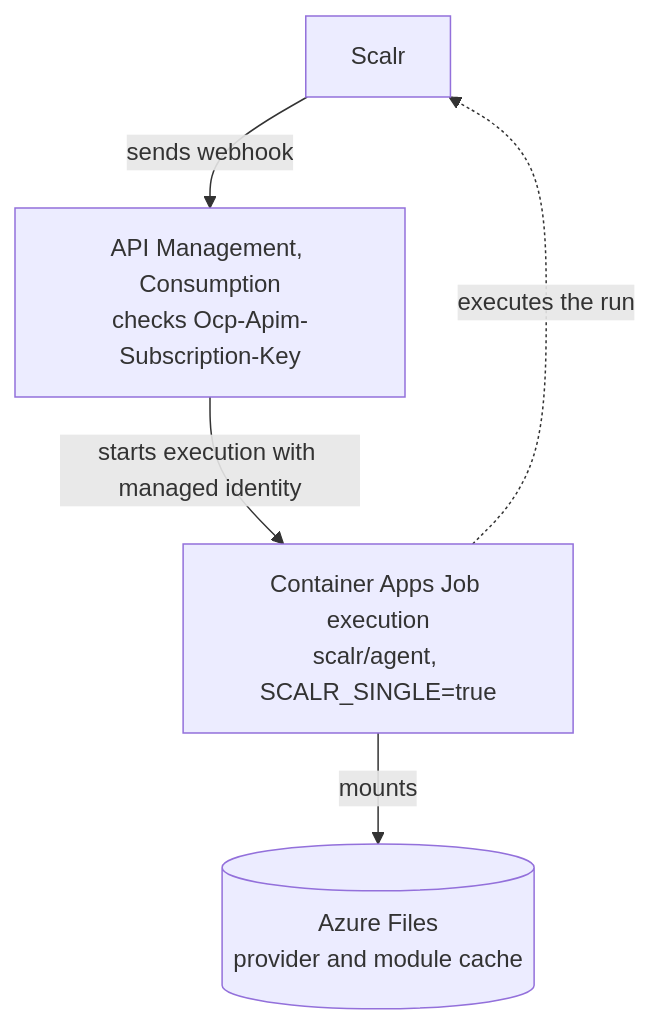
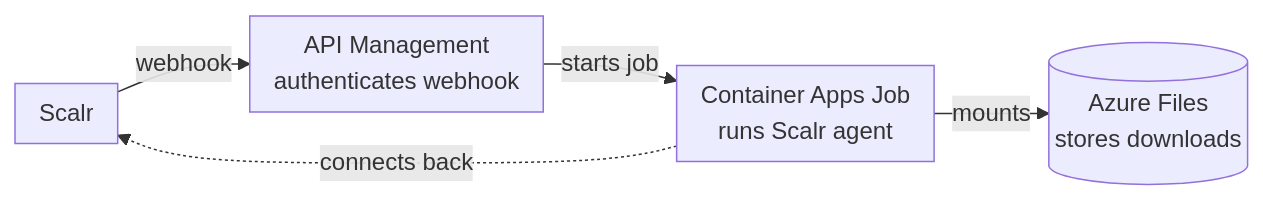
Before and after one commit to Scalr/terraform-scalr-serverless: the diagram in azure/README.md, drawn with Mermaid. The commit also changed other lines of this file and 2 other files, not shown here.

Commit message:
docs: clarify and compact architecture diagrams

````diff
--- a/azure/README.md
+++ b/azure/README.md
@@ -11,9 +11,16 @@
 ```mermaid
-flowchart TB
+---
+config:
+  flowchart:
+    nodeSpacing: 24
+    rankSpacing: 24
+    padding: 8
+---
+flowchart LR
     accTitle: Azure serverless agent pool request flow
-    accDescr: Scalr sends a webhook to API Management. API Management checks the subscription key, then starts a Container Apps Job execution through its managed identity. The execution runs the Scalr agent, which mounts the Azure Files cache and executes the run.
-    scalr[Scalr] -- "sends webhook" --> apim[API Management, Consumption<br/>checks Ocp-Apim-Subscription-Key]
-    apim -- "starts execution with managed identity" --> job[Container Apps Job execution<br/>scalr/agent, SCALR_SINGLE=true]
-    job -- "mounts" --> files[(Azure Files<br/>provider and module cache)]
-    job -. "executes the run" .-> scalr
+    accDescr: Scalr sends a webhook to API Management. API Management checks the subscription key and uses its managed identity to start a Container Apps Job execution. The single-run agent mounts the Azure Files cache and connects back to Scalr to execute the run.
+    scalr[Scalr] -- "webhook" --> apim[API Management<br/>authenticates webhook]
+    apim -- "starts job" --> job[Container Apps Job<br/>runs Scalr agent]
+    job -- "mounts" --> files[(Azure Files<br/>stores downloads)]
+    job -. "connects back" .-> scalr
 ```
````
